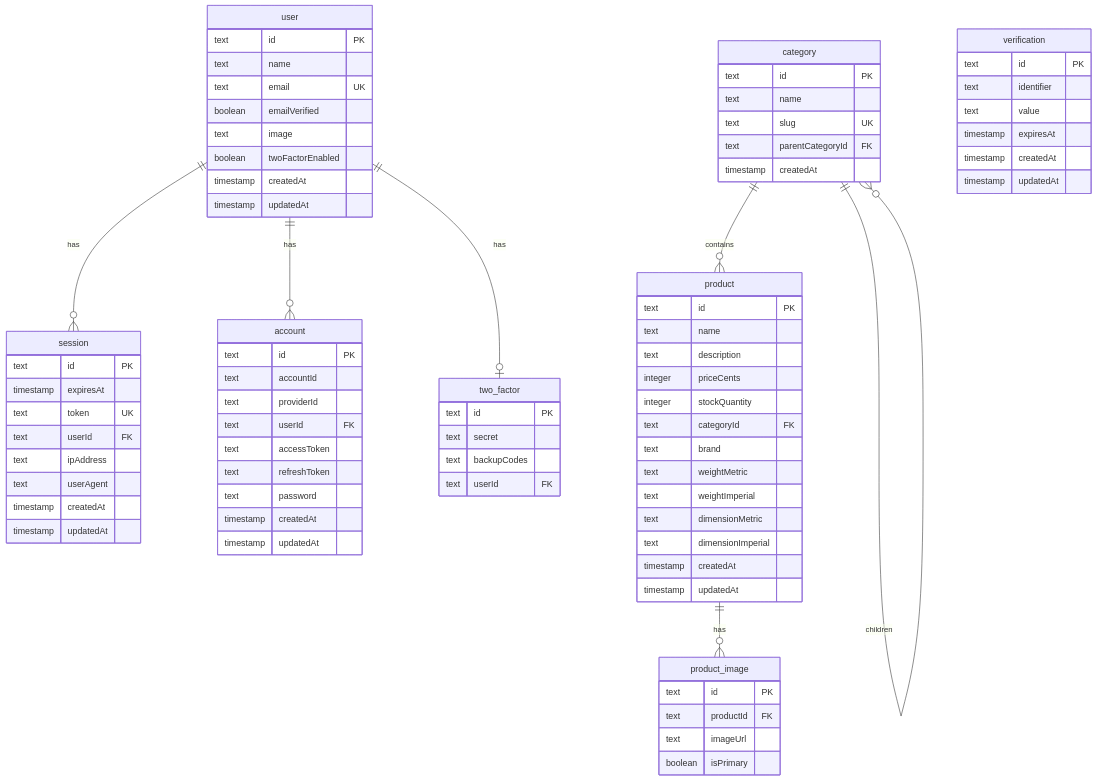
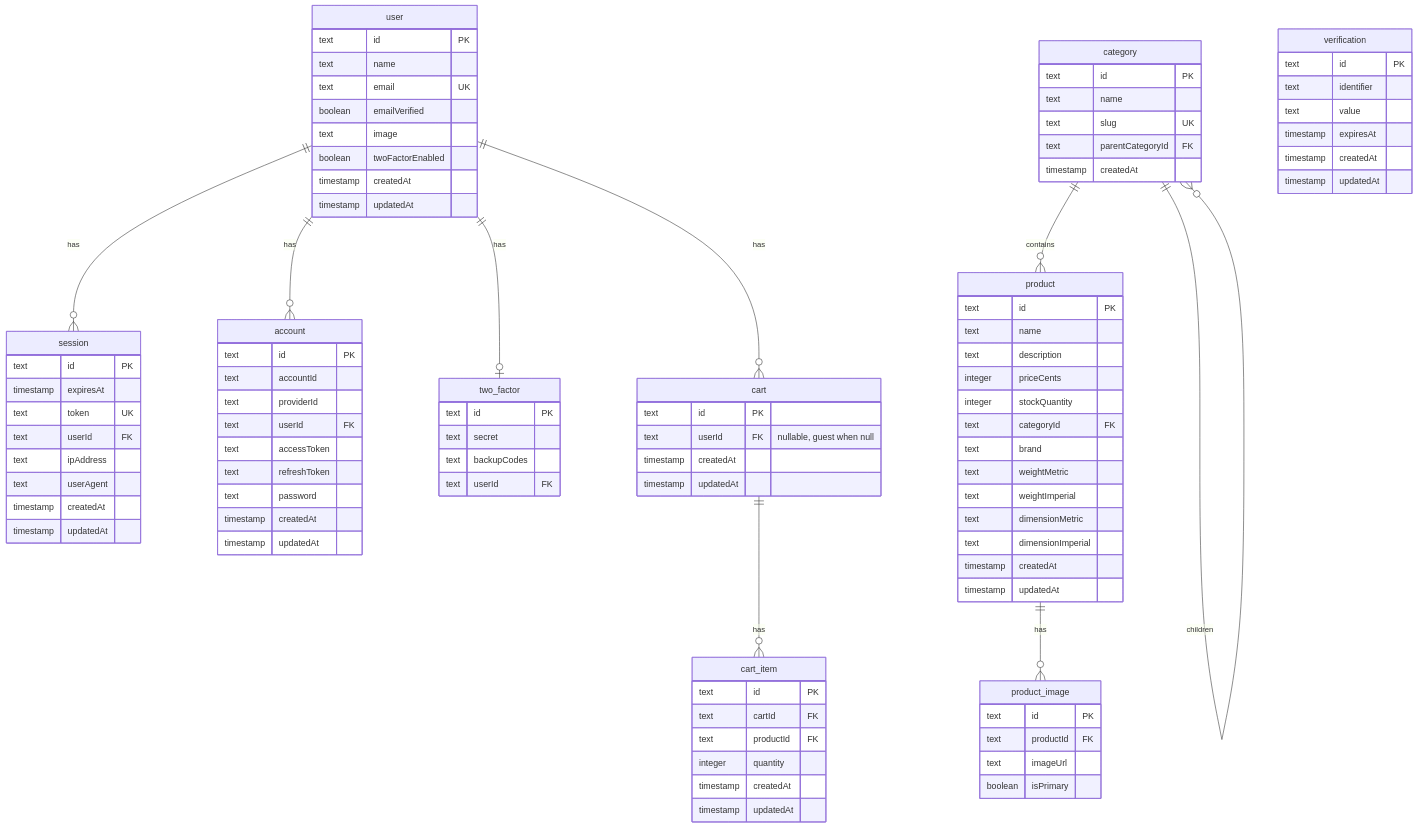
One commit to MarkoMProg/ecommerence changed the diagram in docs/ERD.md. Above: the diagram before and after it, drawn with Mermaid. The commit also changed other lines of this file and 3 other files, not shown here.

Commit message:
Update task status for cart database schema in master-task-board.md. Enhance ERD documentation by adding cart and cart_item entities, and update database module and drizzle configuration to include cart schema.

````diff
--- a/docs/ERD.md
+++ b/docs/ERD.md
@@ -17,6 +17,8 @@
     product ||--o{ product_image : has
     
     category ||--o{ category : "children"
+    cart ||--o{ cart_item : has
+    user ||--o{ cart : has
     
     user {
         text id PK
@@ -98,4 +100,20 @@
         text imageUrl
         boolean isPrimary
     }
+    
+    cart {
+        text id PK
+        text userId FK "nullable, guest when null"
+        timestamp createdAt
+        timestamp updatedAt
+    }
+    
+    cart_item {
+        text id PK
+        text cartId FK
+        text productId FK
+        integer quantity
+        timestamp createdAt
+        timestamp updatedAt
+    }
 ```
````
